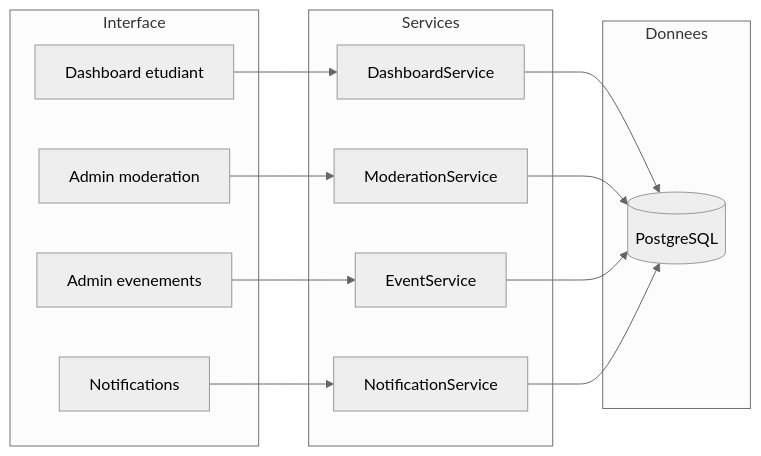
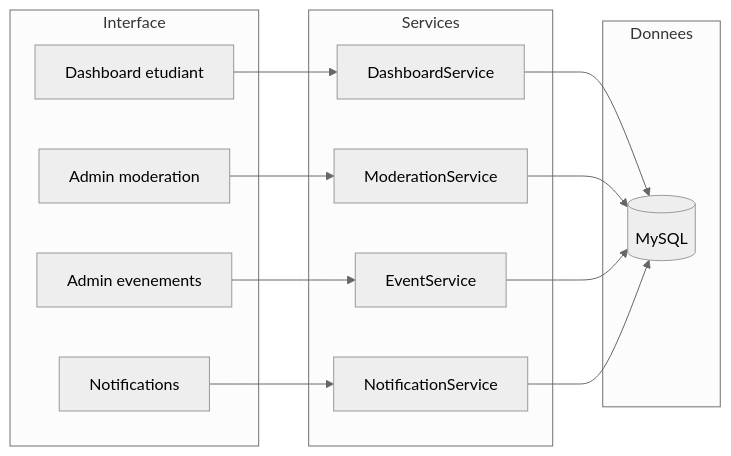
Before and after one commit to Claude20022002/StudyLib: the eighth of 13 diagrams in docs/RAPPORT.md, drawn with Mermaid (neutral theme). The commit also changed other lines of this file and 1 other file, not shown here.

Commit message:
Mettre à jour la documentation pour refléter le changement de PostgreSQL 16 à MySQL 8 dans AGENT_CONTEXT.md et RAPPORT.md

````diff
--- a/docs/RAPPORT.md
+++ b/docs/RAPPORT.md
@@ -555,25 +555,25 @@
 ```mermaid
 flowchart LR
     subgraph ui [Interface]
         D[Dashboard etudiant]
         AM[Admin moderation]
         AE[Admin evenements]
         N[Notifications]
     end
 
     subgraph services [Services]
         DS[DashboardService]
         MS[ModerationService]
         ES[EventService]
         NS[NotificationService]
     end
 
     subgraph data [Donnees]
-        PG[(PostgreSQL)]
+        PG[(MySQL)]
     end
 
     D --> DS --> PG
     AM --> MS --> PG
     AE --> ES --> PG
     N --> NS --> PG
 ```
````
